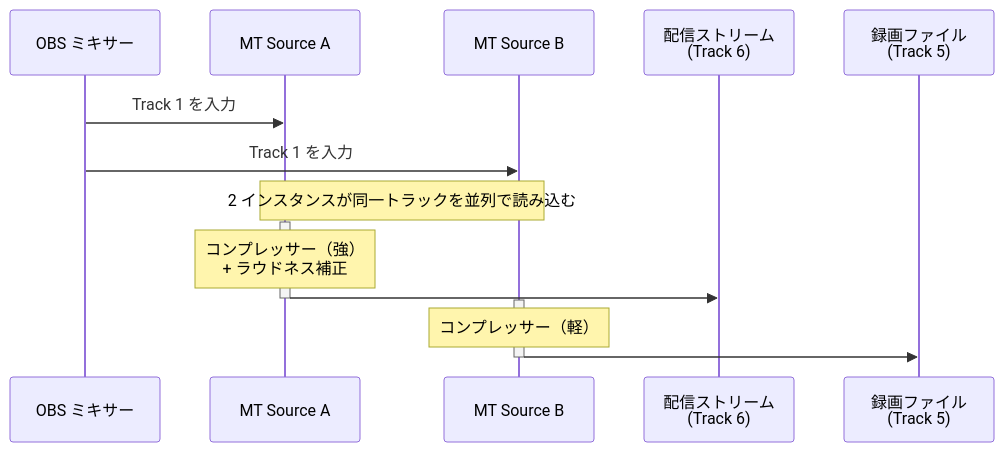
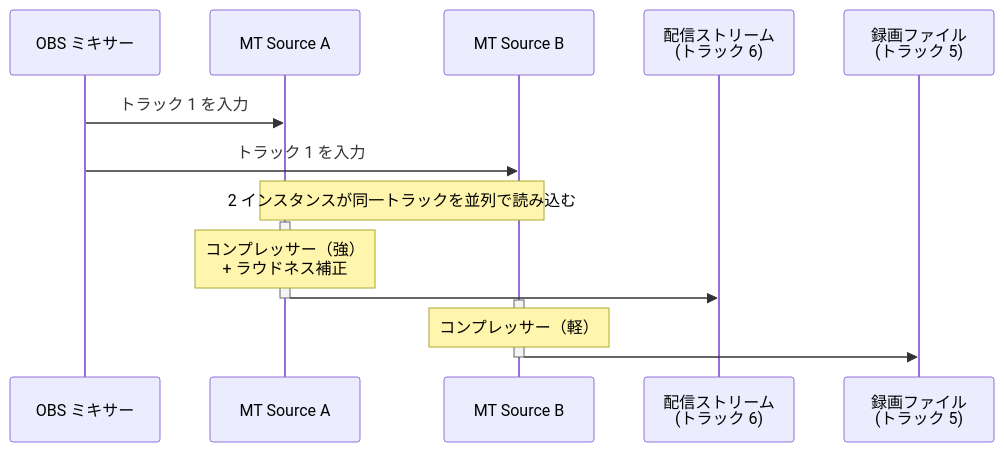
Before and after one commit to semnil/MixTrack2Source: the diagram in docs/uc3-dual-instance-comp.ja.md, drawn with Mermaid. The commit also changed other lines of this file and 9 other files, not shown here.

````diff
--- a/docs/uc3-dual-instance-comp.ja.md
+++ b/docs/uc3-dual-instance-comp.ja.md
@@ -9,22 +9,22 @@
 ```mermaid
 sequenceDiagram
     participant M   as OBS ミキサー
     participant MA  as MT Source A
     participant MB  as MT Source B
-    participant ST  as 配信ストリーム<br/>(Track 6)
-    participant RC  as 録画ファイル<br/>(Track 5)
+    participant ST  as 配信ストリーム<br>(トラック 6)
+    participant RC  as 録画ファイル<br>(トラック 5)
 
-    M  ->> MA : Track 1 を入力
-    M  ->> MB : Track 1 を入力
+    M  ->> MA : トラック 1 を入力
+    M  ->> MB : トラック 1 を入力
     Note over MA,MB : 2 インスタンスが同一トラックを並列で読み込む
 
     activate MA
-    Note over MA : コンプレッサー（強）<br/>+ ラウドネス補正
+    Note over MA : コンプレッサー（強）<br>+ ラウドネス補正
     MA ->> ST : 
     deactivate MA
 
     activate MB
     Note over MB : コンプレッサー（軽）
     MB ->> RC : 
     deactivate MB
 ```
````
